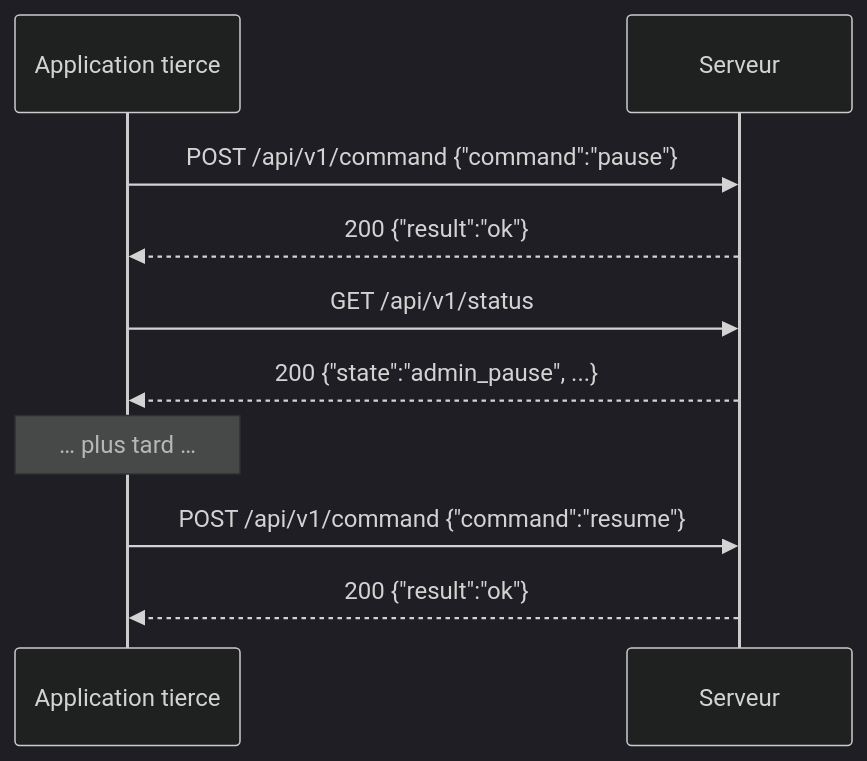
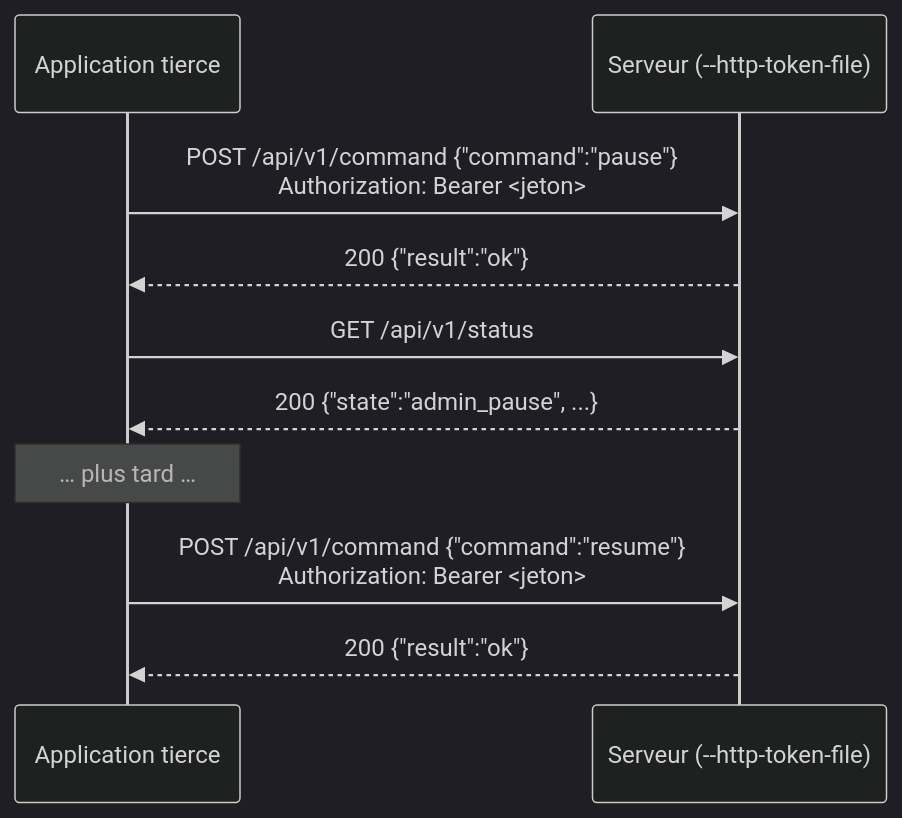
The second of 5 diagrams in docs/api_http_rest.md (xaviergriffon/eternityII), drawn with Mermaid (dark theme) before and after one commit. The commit also changed other lines of this file and 14 other files, not shown here.

Commit message:
Expose clientsCommand --to et clientsWork sur l'API HTTP admin, avec authentification obligatoire pour toute commande de modification

````diff
--- a/docs/api_http_rest.md
+++ b/docs/api_http_rest.md
@@ -523,12 +562,12 @@
 ```mermaid
 sequenceDiagram
     participant App as Application tierce
-    participant S as Serveur
-    App->>S: POST /api/v1/command {"command":"pause"}
+    participant S as Serveur (--http-token-file)
+    App->>S: POST /api/v1/command {"command":"pause"}<br/>Authorization: Bearer <jeton>
     S-->>App: 200 {"result":"ok"}
     App->>S: GET /api/v1/status
     S-->>App: 200 {"state":"admin_pause", ...}
     Note over App: … plus tard …
-    App->>S: POST /api/v1/command {"command":"resume"}
+    App->>S: POST /api/v1/command {"command":"resume"}<br/>Authorization: Bearer <jeton>
     S-->>App: 200 {"result":"ok"}
 ```
````
